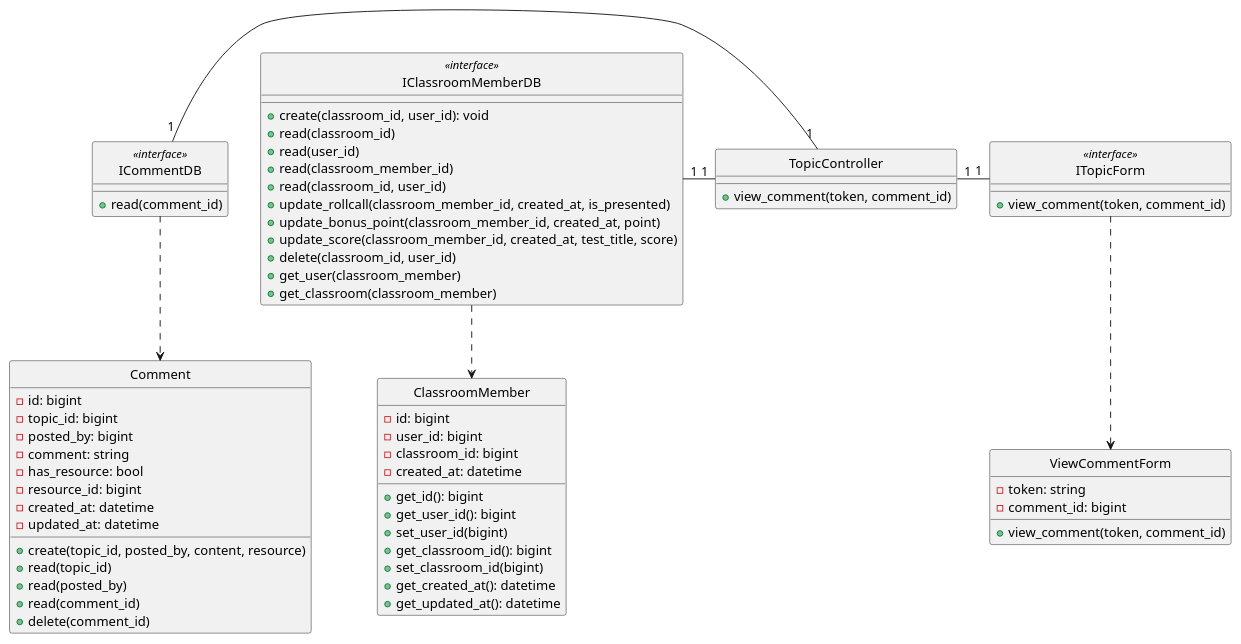
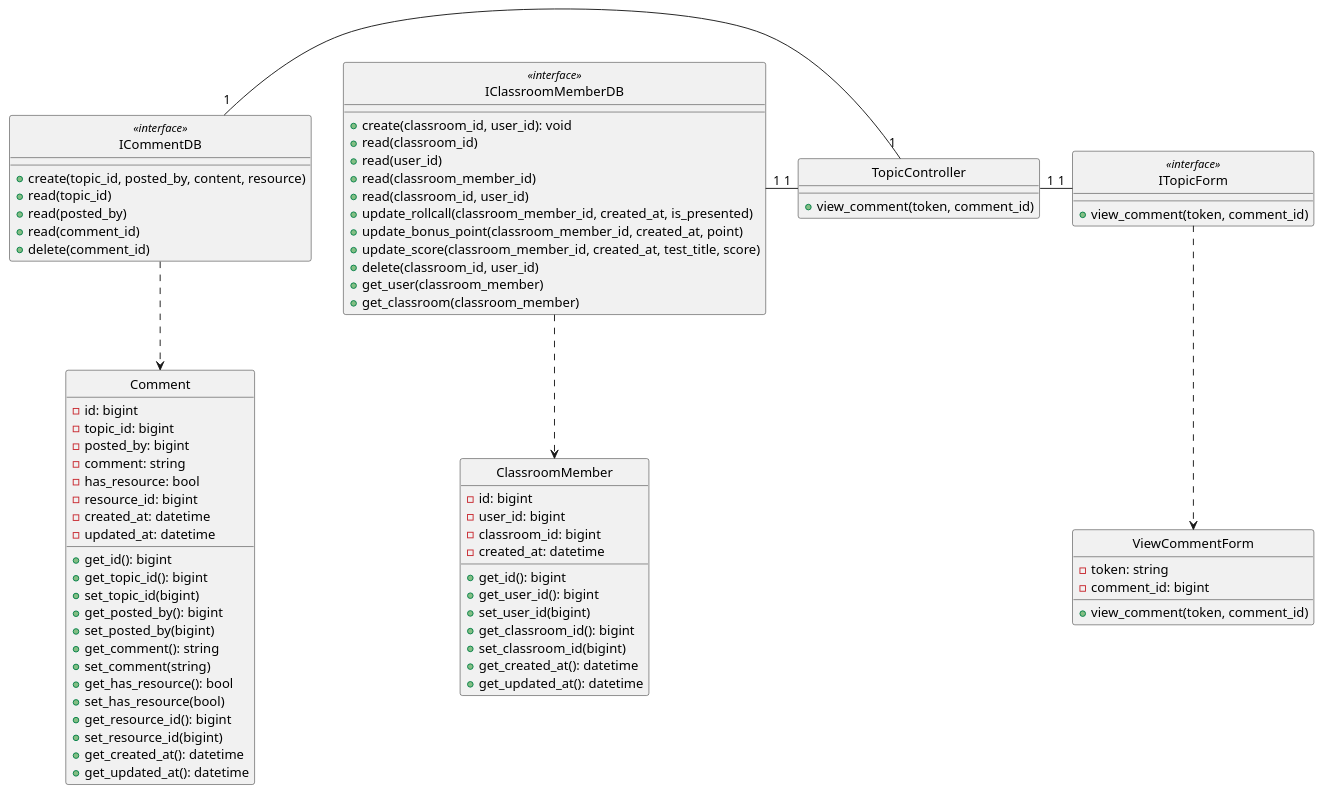
Before and after one commit to anonyhostvn/OOAD-Diagram: the diagram in class - design/comment/viewComment.plantuml, drawn with PlantUML. The commit also changed 2 other files, not shown here.

Commit message:
fix comment DB

```diff
--- a/class - design/comment/viewComment.plantuml
+++ b/class - design/comment/viewComment.plantuml
@@ -1,85 +1,97 @@
 @startuml createTopic
 
 class ViewCommentForm {
     - token: string
     - comment_id: bigint
 
     + view_comment(token, comment_id)
 }
 
 class ITopicForm <<interface>> {
     + view_comment(token, comment_id)
 }
 
 class TopicController {
     + view_comment(token, comment_id)
 }
 
 class ClassroomMember {
     - id: bigint
     - user_id: bigint
     - classroom_id: bigint
     - created_at: datetime
 
     + get_id(): bigint
     + get_user_id(): bigint
     + set_user_id(bigint)
     + get_classroom_id(): bigint
     + set_classroom_id(bigint)
     + get_created_at(): datetime
     + get_updated_at(): datetime
 }
 
 class IClassroomMemberDB <<interface>> {
     + create(classroom_id, user_id): void
     + read(classroom_id)
     + read(user_id)
     + read(classroom_member_id)
     + read(classroom_id, user_id)
     + update_rollcall(classroom_member_id, created_at, is_presented)
     + update_bonus_point(classroom_member_id, created_at, point)
     + update_score(classroom_member_id, created_at, test_title, score)
     + delete(classroom_id, user_id)
     + get_user(classroom_member)
     + get_classroom(classroom_member)
 }
 
 class Comment {
     - id: bigint
     - topic_id: bigint
     - posted_by: bigint
     - comment: string
     - has_resource: bool
     - resource_id: bigint
     - created_at: datetime
     - updated_at: datetime
 
+    + get_id(): bigint
+    + get_topic_id(): bigint
+    + set_topic_id(bigint)
+    + get_posted_by(): bigint
+    + set_posted_by(bigint)
+    + get_comment(): string
+    + set_comment(string)
+    + get_has_resource(): bool
+    + set_has_resource(bool)
+    + get_resource_id(): bigint
+    + set_resource_id(bigint)
+    + get_created_at(): datetime
+    + get_updated_at(): datetime
+}
+
+class ICommentDB <<interface>> {
     + create(topic_id, posted_by, content, resource)
     + read(topic_id)
     + read(posted_by)
     + read(comment_id)
     + delete(comment_id)
-}
-
-class ICommentDB <<interface>> {
-    + read(comment_id)
 }
 
 hide ViewCommentForm circle
 hide ITopicForm <<interface>> circle
 hide TopicController circle
 hide IClassroomMemberDB <<interface>> circle
 hide ClassroomMember circle
 hide ICommentDB <<interface>> circle
 hide Comment circle 
 
 
 ITopicForm .down.> ViewCommentForm
 IClassroomMemberDB .down.> ClassroomMember
 ICommentDB .down.> Comment
 ITopicForm "1"-left-"1" TopicController
 TopicController "1"-left-"1" IClassroomMemberDB
 TopicController "1"-left-"1" ICommentDB
 
 
 @enduml
```
